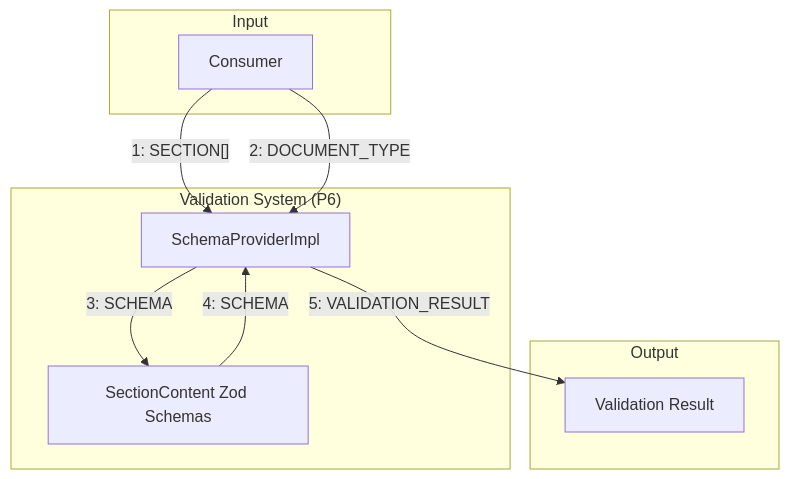
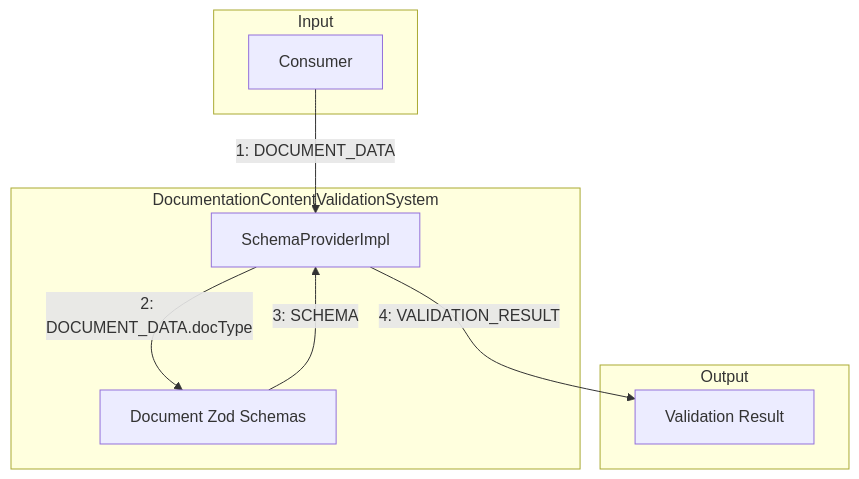
Before and after one commit to livelifelively/documentation-driven-development-tools: the fourth of 5 diagrams in docs/requirements/p1.p6-doc-content-validator.plan.md, drawn with Mermaid. The commit also changed other lines of this file, not shown here.

````diff
--- a/docs/requirements/p1.p6-doc-content-validator.plan.md
+++ b/docs/requirements/p1.p6-doc-content-validator.plan.md
@@ -176,21 +180,20 @@
 ```mermaid
 graph TD
     subgraph "Input"
         A["Consumer"]
     end
 
-    subgraph "Validation System (P6)"
+    subgraph "DocumentationContentValidationSystem"
         B[SchemaProviderImpl]
-        C[SectionContent Zod Schemas]
+        C[Document Zod Schemas]
     end
 
     subgraph "Output"
         D["Validation Result"]
     end
 
-    A -- "1: SECTION[]" --> B
-    A -- "2: DOCUMENT_TYPE" --> B
-    B -- "3: SCHEMA" --> C
-    C -- "4: SCHEMA" --> B
-    B -- "5: VALIDATION_RESULT" --> D
+    A -- "1: DOCUMENT_DATA" --> B
+    B -- "2: DOCUMENT_DATA.docType" --> C
+    C -- "3: SCHEMA" --> B
+    B -- "4: VALIDATION_RESULT" --> D
 ```
````
